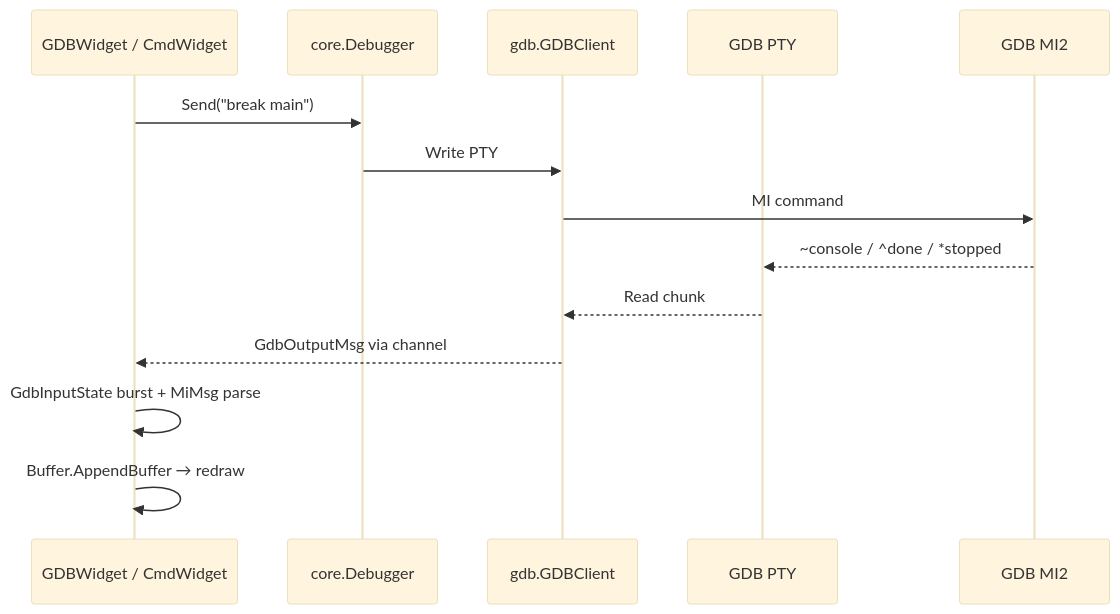
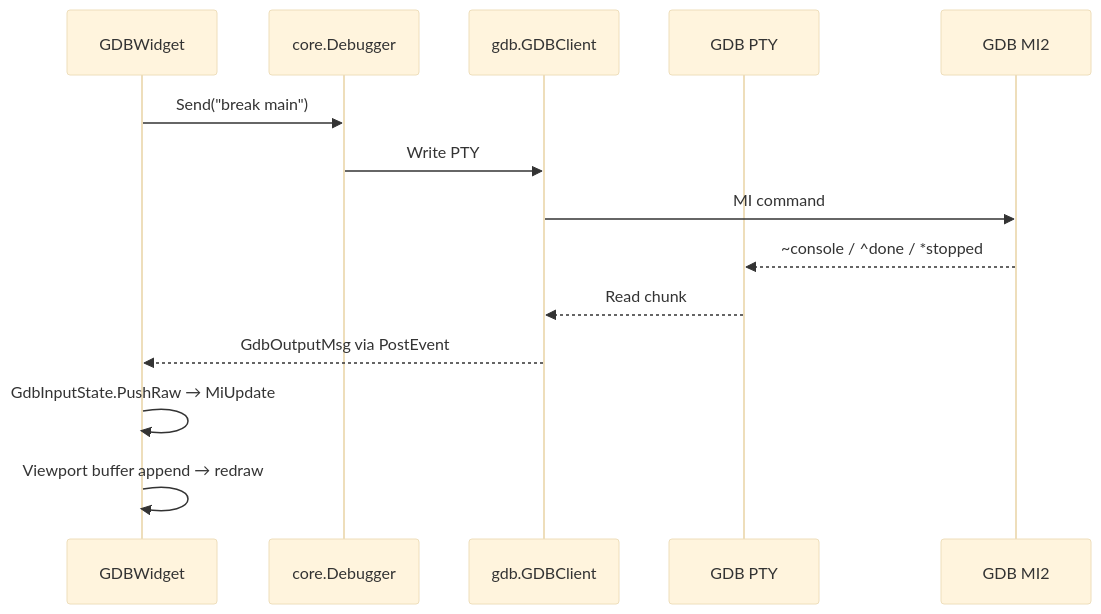
Before and after one commit to yairgd/gdbforge: the diagram in docs/diagrams/debugger_integration.mermaid, drawn with Mermaid (base theme). The commit also changed 8 other files, not shown here.

```diff
--- a/docs/diagrams/debugger_integration.mermaid
+++ b/docs/diagrams/debugger_integration.mermaid
@@ -1,15 +1,15 @@
 sequenceDiagram
-    participant UI as GDBWidget / CmdWidget
+    participant UI as GDBWidget
     participant Core as core.Debugger
     participant Client as gdb.GDBClient
     participant PTY as GDB PTY
     participant GDB as GDB MI2
 
     UI->>Core: Send("break main")
     Core->>Client: Write PTY
     Client->>GDB: MI command
     GDB-->>PTY: ~console / ^done / *stopped
     PTY-->>Client: Read chunk
-    Client-->>UI: GdbOutputMsg via channel
-    UI->>UI: GdbInputState burst + MiMsg parse
-    UI->>UI: Buffer.AppendBuffer → redraw
+    Client-->>UI: GdbOutputMsg via PostEvent
+    UI->>UI: GdbInputState.PushRaw → MiUpdate
+    UI->>UI: Viewport buffer append → redraw
```
